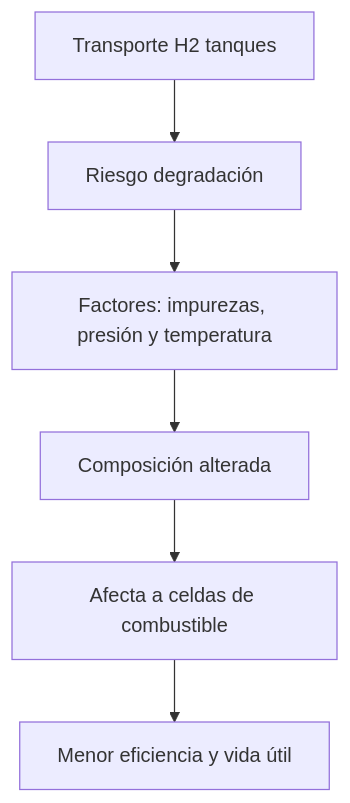
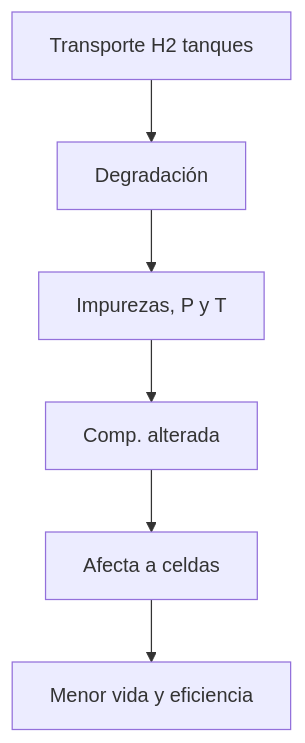
Before and after one commit to rubenvmu/loghid: diagram 12 of 12 in README.md, drawn with Mermaid.

````diff
--- a/README.md
+++ b/README.md
@@ -562,8 +562,8 @@
 ```mermaid
 graph TD;
-    A[Transporte H2 tanques] --> B[Riesgo degradación]
-    B --> C[Factores: impurezas, presión y temperatura]
-    C --> D[Composición alterada]
-    D --> E[Afecta a celdas de combustible]
-    E --> F[Menor eficiencia y vida útil]
+    A[Transporte H2 tanques] --> B[Degradación]
+    B --> C[Impurezas, P y T]
+    C --> D[Comp. alterada]
+    D --> E[Afecta a celdas]
+    E --> F[Menor vida y eficiencia]
 ```
````
